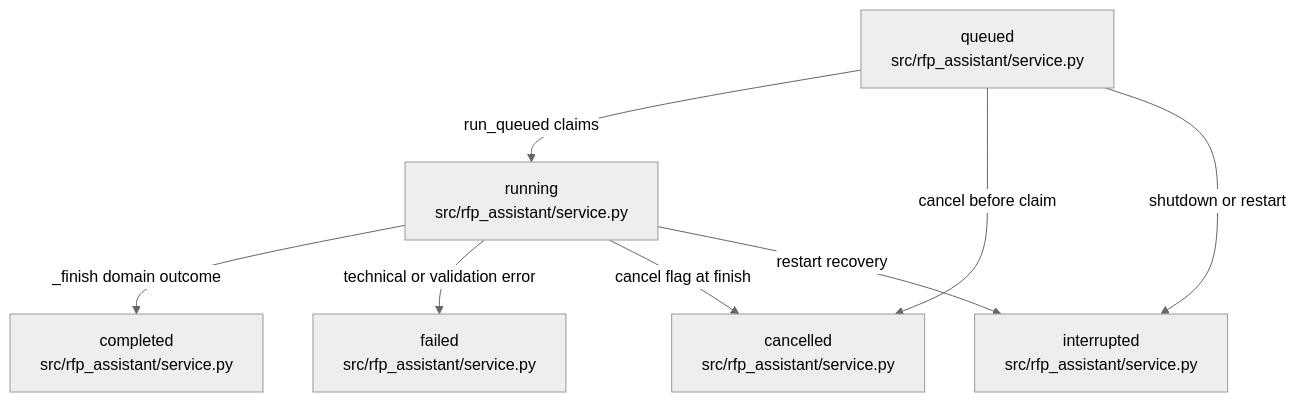
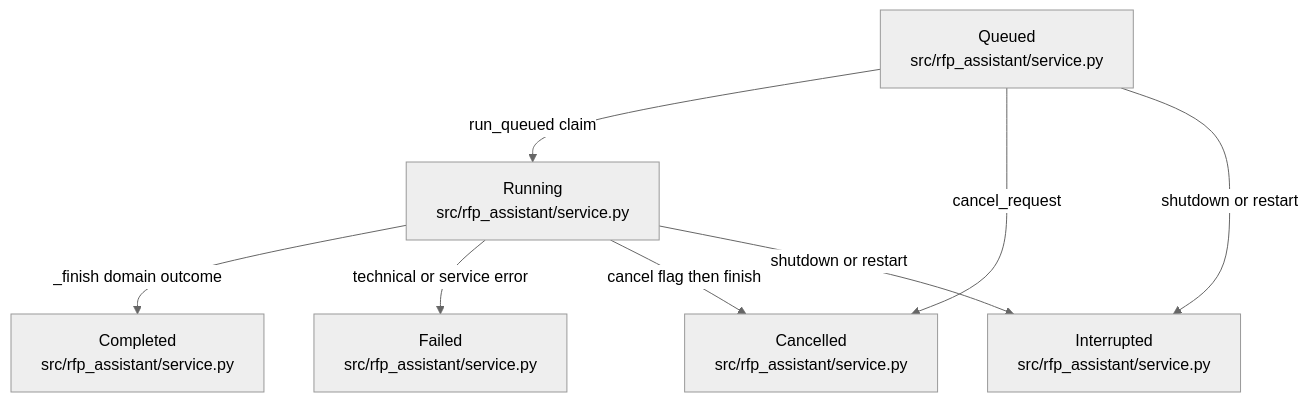
Before and after one commit to littleeeeebit/project-codeit-mid: the diagram in .omm/state-transitions/request-status/diagram.mmd, drawn with Mermaid (neutral theme). The commit also changed 302 other files, not shown here.

Commit message:
Refresh wiki and architecture before merge

```diff
--- a/.omm/state-transitions/request-status/diagram.mmd
+++ b/.omm/state-transitions/request-status/diagram.mmd
@@ -1,14 +1,8 @@
 graph TD
-  queued["queued\nsrc/rfp_assistant/service.py"]
-  running["running\nsrc/rfp_assistant/service.py"]
-  completed["completed\nsrc/rfp_assistant/service.py"]
-  failed["failed\nsrc/rfp_assistant/service.py"]
-  cancelled["cancelled\nsrc/rfp_assistant/service.py"]
-  interrupted["interrupted\nsrc/rfp_assistant/service.py"]
-  queued -->|"run_queued claims"| running
-  queued -->|"cancel before claim"| cancelled
-  queued -->|"shutdown or restart"| interrupted
-  running -->|"_finish domain outcome"| completed
-  running -->|"technical or validation error"| failed
-  running -->|"cancel flag at finish"| cancelled
-  running -->|"restart recovery"| interrupted
+  queued["Queued\nsrc/rfp_assistant/service.py"] -->|run_queued claim| running["Running\nsrc/rfp_assistant/service.py"]
+  queued -->|cancel_request| cancelled["Cancelled\nsrc/rfp_assistant/service.py"]
+  queued -->|shutdown or restart| interrupted["Interrupted\nsrc/rfp_assistant/service.py"]
+  running -->|_finish domain outcome| completed["Completed\nsrc/rfp_assistant/service.py"]
+  running -->|technical or service error| failed["Failed\nsrc/rfp_assistant/service.py"]
+  running -->|cancel flag then finish| cancelled
+  running -->|shutdown or restart| interrupted
```
